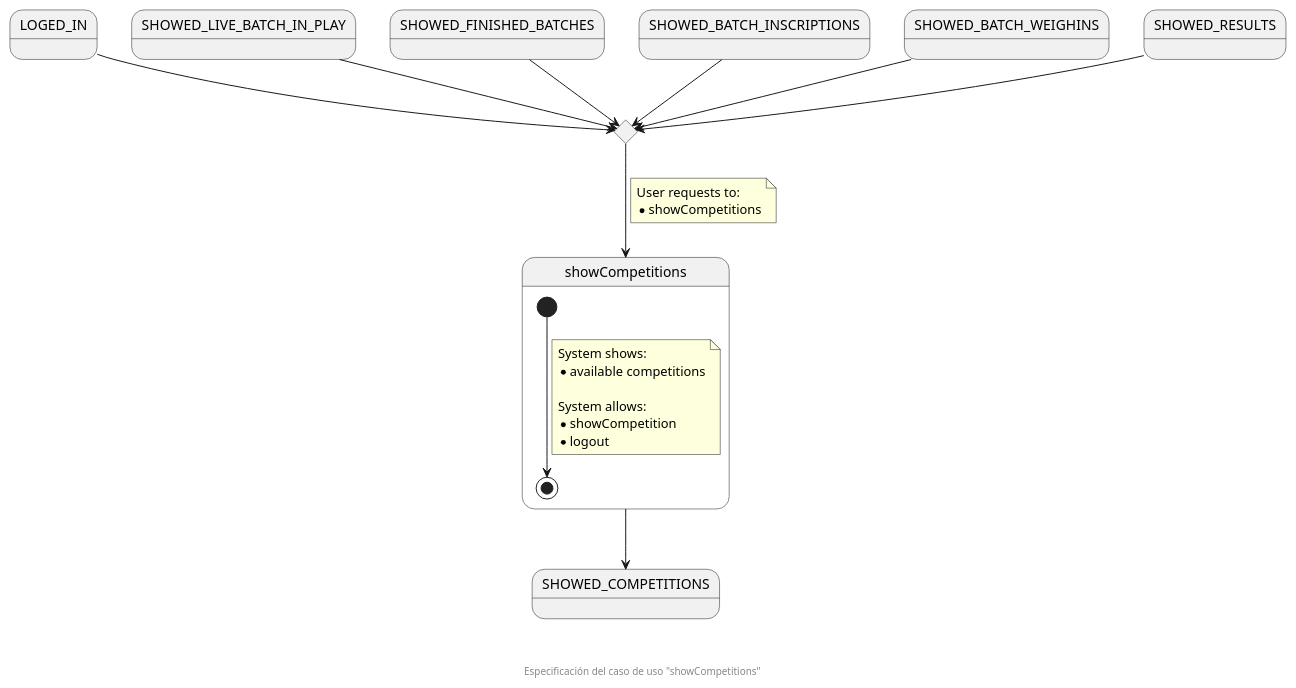
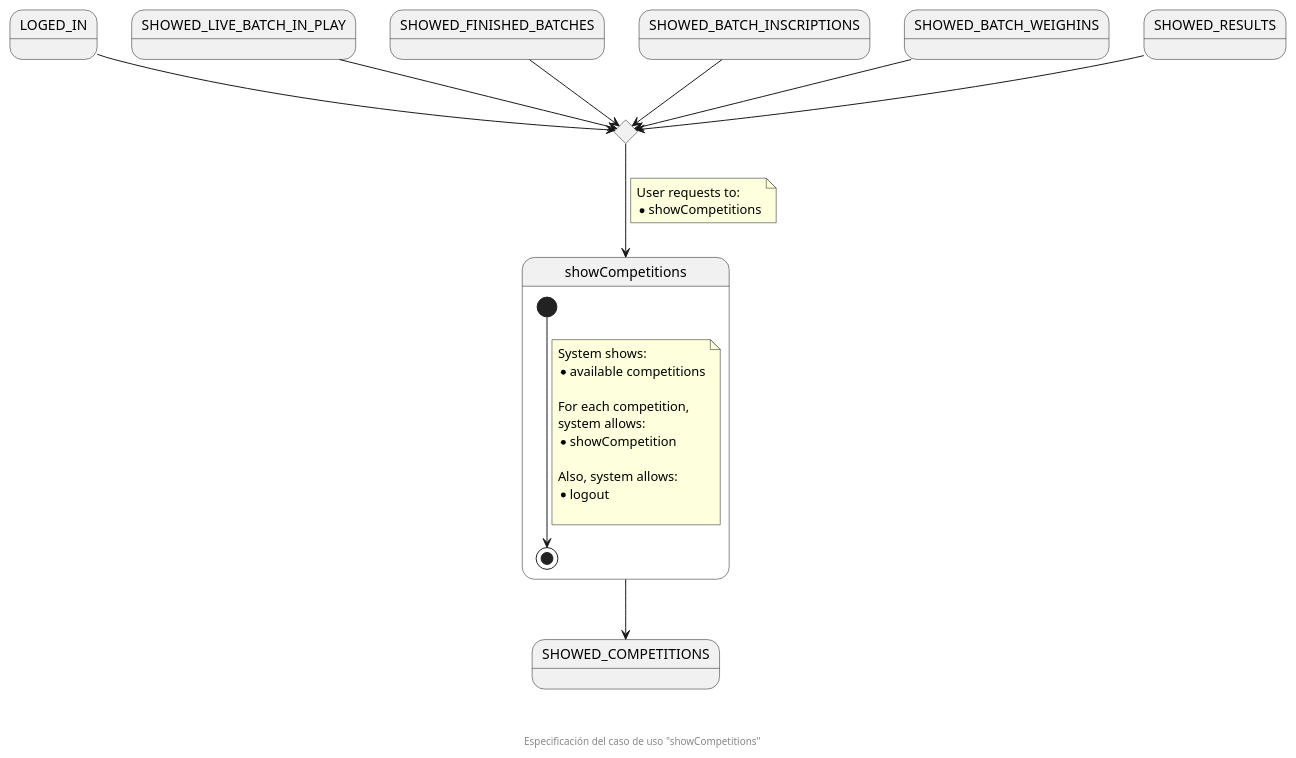
One commit to zuldare/mastercloud_pfm_halterocms changed the diagram in documentation/diagrams/useCasesSpecification/spectator/1_showCompetitions.puml. Above: the diagram before and after it, drawn with PlantUML.

Commit message:
Fix showCompetitions use case specification

```diff
--- a/documentation/diagrams/useCasesSpecification/spectator/1_showCompetitions.puml
+++ b/documentation/diagrams/useCasesSpecification/spectator/1_showCompetitions.puml
@@ -1,39 +1,43 @@
 @startuml
 state LOGED_IN
 state SHOWED_LIVE_BATCH_IN_PLAY
 state SHOWED_FINISHED_BATCHES
 state SHOWED_BATCH_INSCRIPTIONS
 state SHOWED_BATCH_WEIGHINS
 state SHOWED_RESULTS
 
 state enterCompetition <<choice>>
 
 
 LOGED_IN  --> enterCompetition
 SHOWED_LIVE_BATCH_IN_PLAY  --> enterCompetition
 SHOWED_FINISHED_BATCHES  --> enterCompetition
 SHOWED_BATCH_INSCRIPTIONS  --> enterCompetition
 SHOWED_BATCH_WEIGHINS  --> enterCompetition
 SHOWED_RESULTS  --> enterCompetition
 enterCompetition --> showCompetitions
 note on link
   User requests to:
   * showCompetitions
 end note
 
 state showCompetitions {
   [*] --> [*]
   note on link
     System shows:
     * available competitions
 
-    System allows:
+    For each competition, 
+    system allows:
     * showCompetition
+
+    Also, system allows:
     * logout
+
   end note
 }
 state SHOWED_COMPETITIONS
 showCompetitions --> SHOWED_COMPETITIONS
 
 footer \n\n\n Especificación del caso de uso "showCompetitions"
 @enduml
```
